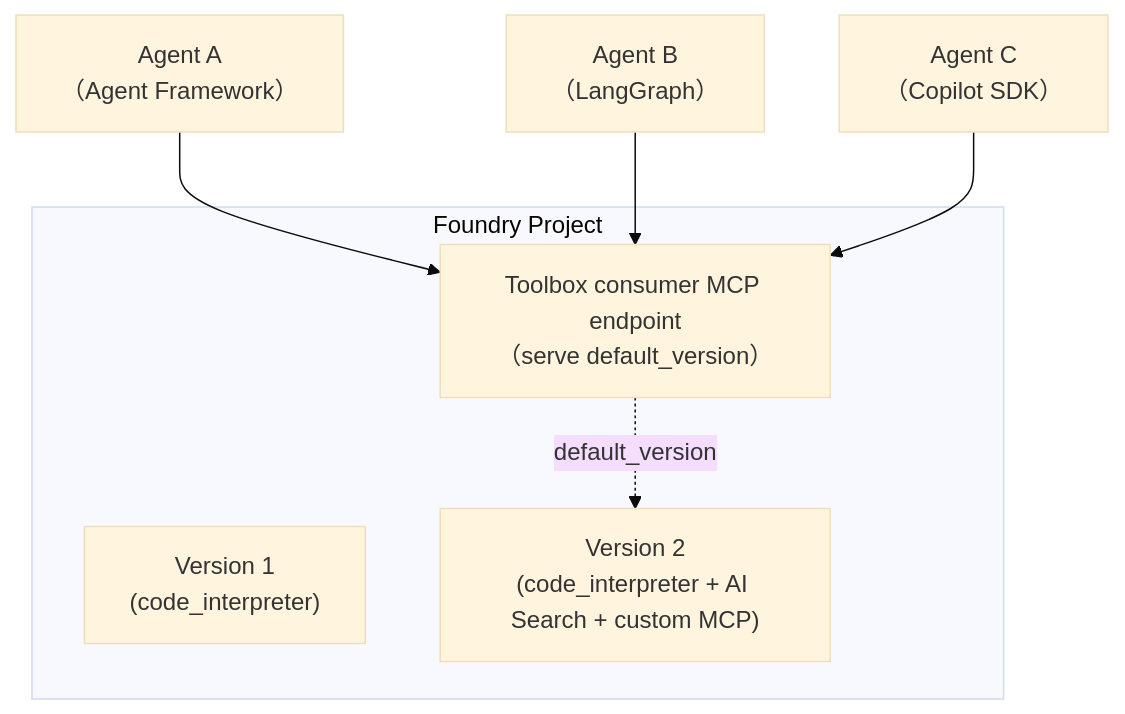
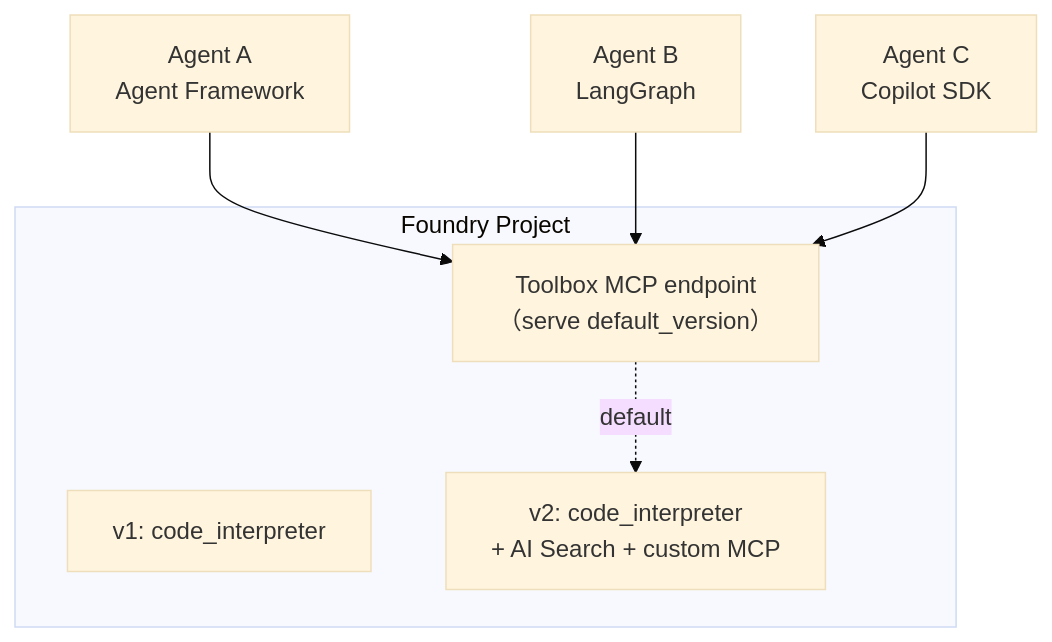
The first of 5 diagrams in Agents/Foundry-Hosted-Agent-Toolbox-Demo/README-CN.md (david-xinyuwei/david-share), drawn with Mermaid (base theme) before and after one commit. The commit also changed other lines of this file and 1 other file, not shown here.

Commit message:
Fix Mermaid text overflow + correct Hosted Agent to MicroVM (not container)

````diff
--- a/Agents/Foundry-Hosted-Agent-Toolbox-Demo/README-CN.md
+++ b/Agents/Foundry-Hosted-Agent-Toolbox-Demo/README-CN.md
@@ -26,12 +26,12 @@
 ```mermaid
 flowchart TB
-    subgraph FoundryProject["Foundry Project"]
-        TB_Consumer["Toolbox consumer MCP endpoint<br/>（serve default_version）"]
-        TB_V1["Version 1<br/>(code_interpreter)"]
-        TB_V2["Version 2<br/>(code_interpreter + AI Search + custom MCP)"]
-        TB_Consumer -.->|"default_version"| TB_V2
+    subgraph FP["Foundry Project"]
+        MCP["Toolbox MCP endpoint<br/>（serve default_version）"]
+        V1["v1: code_interpreter"]
+        V2["v2: code_interpreter<br/>+ AI Search + custom MCP"]
+        MCP -.->|default| V2
     end
-    Agent1["Agent A<br/>（Agent Framework）"] --> TB_Consumer
-    Agent2["Agent B<br/>（LangGraph）"] --> TB_Consumer
-    Agent3["Agent C<br/>（Copilot SDK）"] --> TB_Consumer
+    A1["Agent A<br/>Agent Framework"] --> MCP
+    A2["Agent B<br/>LangGraph"] --> MCP
+    A3["Agent C<br/>Copilot SDK"] --> MCP
 ```
````
